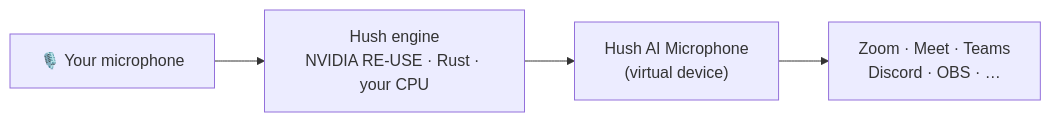
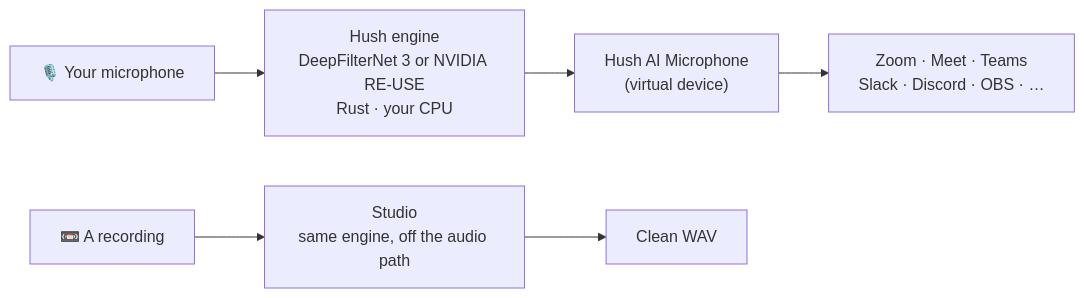
One commit to alshell7/hush-ai changed the diagram in README.md. Above: the diagram before and after it, drawn with Mermaid. The commit also changed other lines of this file and 48 other files, not shown here.

````diff
--- a/README.md
+++ b/README.md
@@ -106,6 +159,7 @@
 ```mermaid
 flowchart LR
-  mic["🎙️ Your microphone"] --> engine["Hush engine<br/>NVIDIA RE-USE · Rust · your CPU"]
+  mic["🎙️ Your microphone"] --> engine["Hush engine<br/>DeepFilterNet 3 or NVIDIA RE-USE<br/>Rust · your CPU"]
   engine --> vmic["Hush AI Microphone<br/>(virtual device)"]
-  vmic --> apps["Zoom · Meet · Teams<br/>Discord · OBS · …"]
+  vmic --> apps["Zoom · Meet · Teams<br/>Slack · Discord · OBS · …"]
+  file["📼 A recording"] --> studio["Studio<br/>same engine, off the audio path"] --> wav["Clean WAV"]
 ```
````
